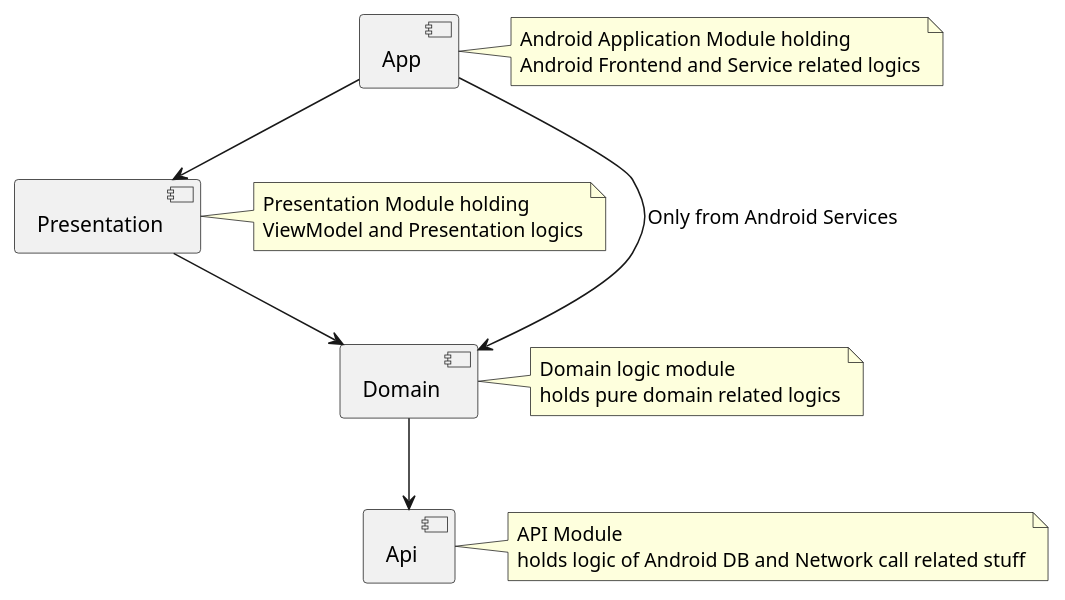
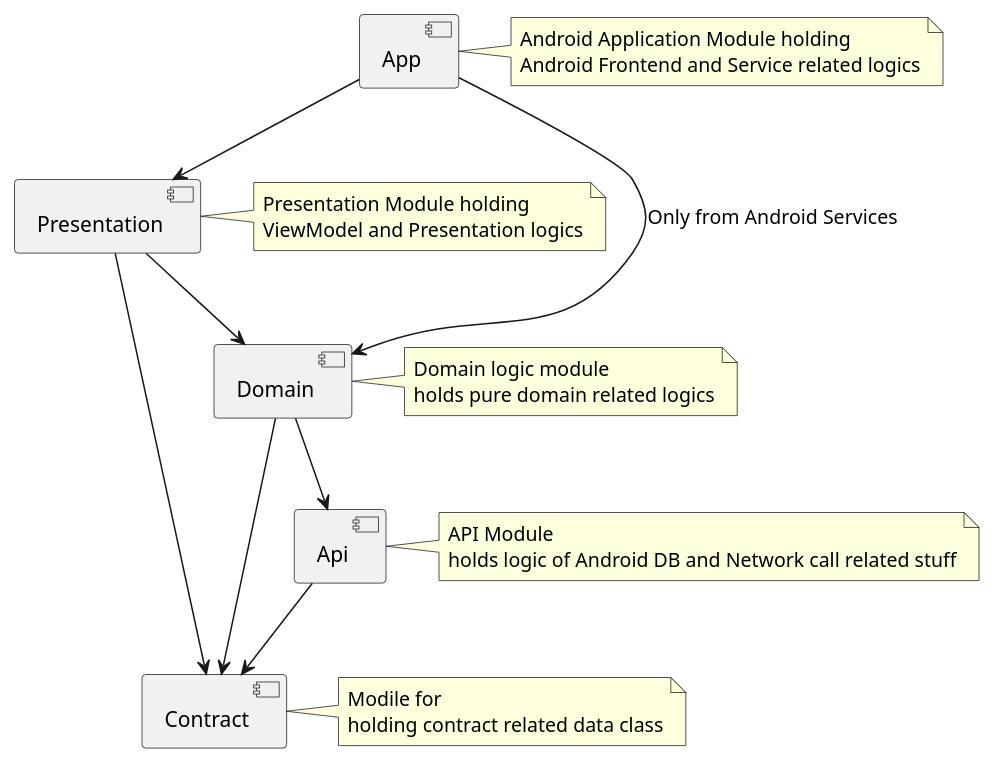
Before and after one commit to wealth-wave/Auto-Expense-Tracker: the diagram in module.puml, drawn with PlantUML. The commit also changed 17 other files, not shown here.

```diff
--- a/module.puml
+++ b/module.puml
@@ -1,19 +1,26 @@
 @startuml
 
 component App
 note right of App : Android Application Module holding\nAndroid Frontend and Service related logics
 
 component Presentation
 note right of Presentation: Presentation Module holding\nViewModel and Presentation logics
 
 component Domain
 note right of Domain: Domain logic module\nholds pure domain related logics
 
 component Api
 note right of Api: API Module\nholds logic of Android DB and Network call related stuff
 
+component Contract
+note right of Contract: Modile for\nholding contract related data class
+
+
 App --> Presentation
 Presentation --> Domain
 App --> Domain: Only from Android Services
 Domain --> Api
+Domain --> Contract
+Api --> Contract
+Presentation -> Contract
 @enduml
```
